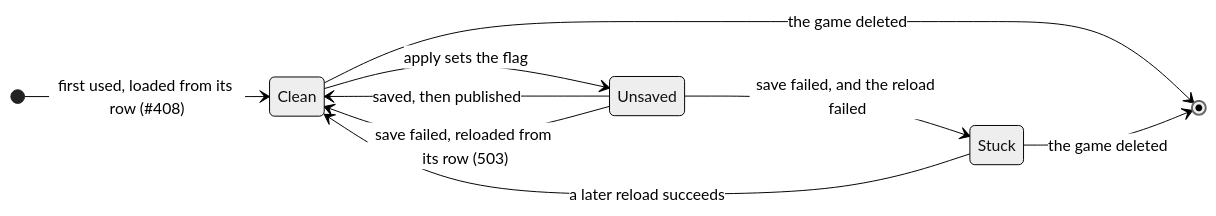
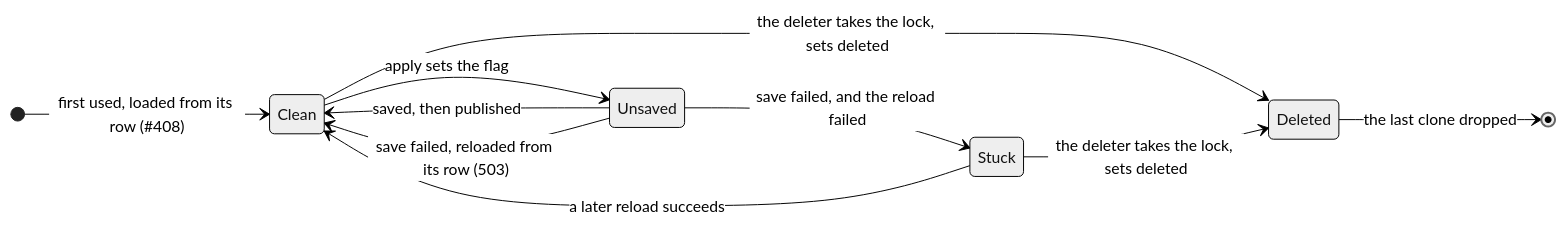
One commit to delphside/programme changed the fourth of 4 diagrams in applications/tile-lite-elite/3.1.7-changes/workstreams/application-game-architecture/71-one-game-model/71-life-histories.md. Above: the diagram before and after it, drawn with Mermaid (neutral theme). The commit also changed other lines of this file and 9 other files, not shown here.

````diff
--- a/applications/tile-lite-elite/3.1.7-changes/workstreams/application-game-architecture/71-one-game-model/71-life-histories.md
+++ b/applications/tile-lite-elite/3.1.7-changes/workstreams/application-game-architecture/71-one-game-model/71-life-histories.md
@@ -238,12 +239,13 @@
 ```mermaid
 stateDiagram-v2
     direction LR
     [*] --> Clean: first used, loaded from its row (#408)
     Clean --> Unsaved: apply sets the flag
     Unsaved --> Clean: saved, then published
     Unsaved --> Clean: save failed, reloaded from its row (503)
     Unsaved --> Stuck: save failed, and the reload failed
     Stuck --> Clean: a later reload succeeds
-    Clean --> [*]: the game deleted
-    Stuck --> [*]: the game deleted
+    Clean --> Deleted: the deleter takes the lock, sets deleted
+    Stuck --> Deleted: the deleter takes the lock, sets deleted
+    Deleted --> [*]: the last clone dropped
 ```
````
